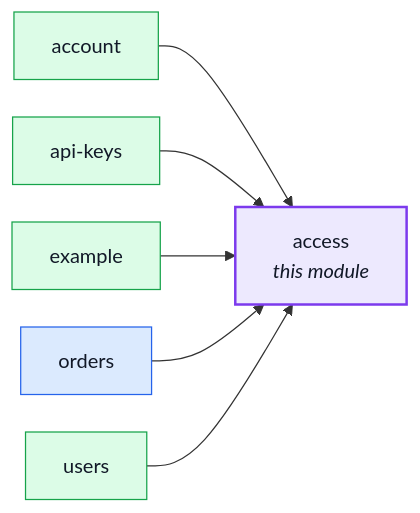
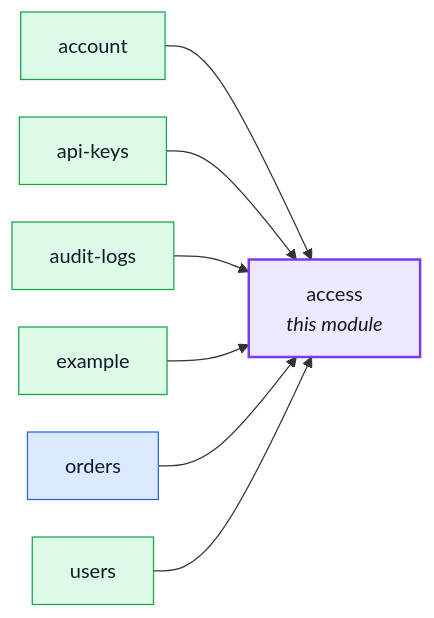
One commit to Guebbit/boilerplate-node-backend changed the first of 2 diagrams in docs/modules/access.md. Above: the diagram before and after it, drawn with Mermaid. The commit also changed 40 other files, not shown here.

````diff
--- a/docs/modules/access.md
+++ b/docs/modules/access.md
@@ -19,24 +19,26 @@
 ```mermaid
 %%{init: {'flowchart': {'nodeSpacing': 30, 'rankSpacing': 60}}}%%
 flowchart LR
     access["access<br/><i>this module</i>"]
     account["account"]
     api_keys["api-keys"]
+    audit_logs["audit-logs"]
     example["example"]
     orders["orders"]
     users["users"]
 
     account --> access
     api_keys --> access
+    audit_logs --> access
     example --> access
     orders --> access
     users --> access
 
     classDef core fill:#dbeafe,stroke:#2563eb,color:#111827;
     classDef supporting fill:#fef3c7,stroke:#d97706,color:#111827;
     classDef generic fill:#dcfce7,stroke:#16a34a,color:#111827;
     classDef centre fill:#ede9fe,stroke:#7c3aed,stroke-width:2px,color:#111827;
     class orders core;
-    class account,api_keys,example,users generic;
+    class account,api_keys,audit_logs,example,users generic;
     class access centre;
 ```
````
